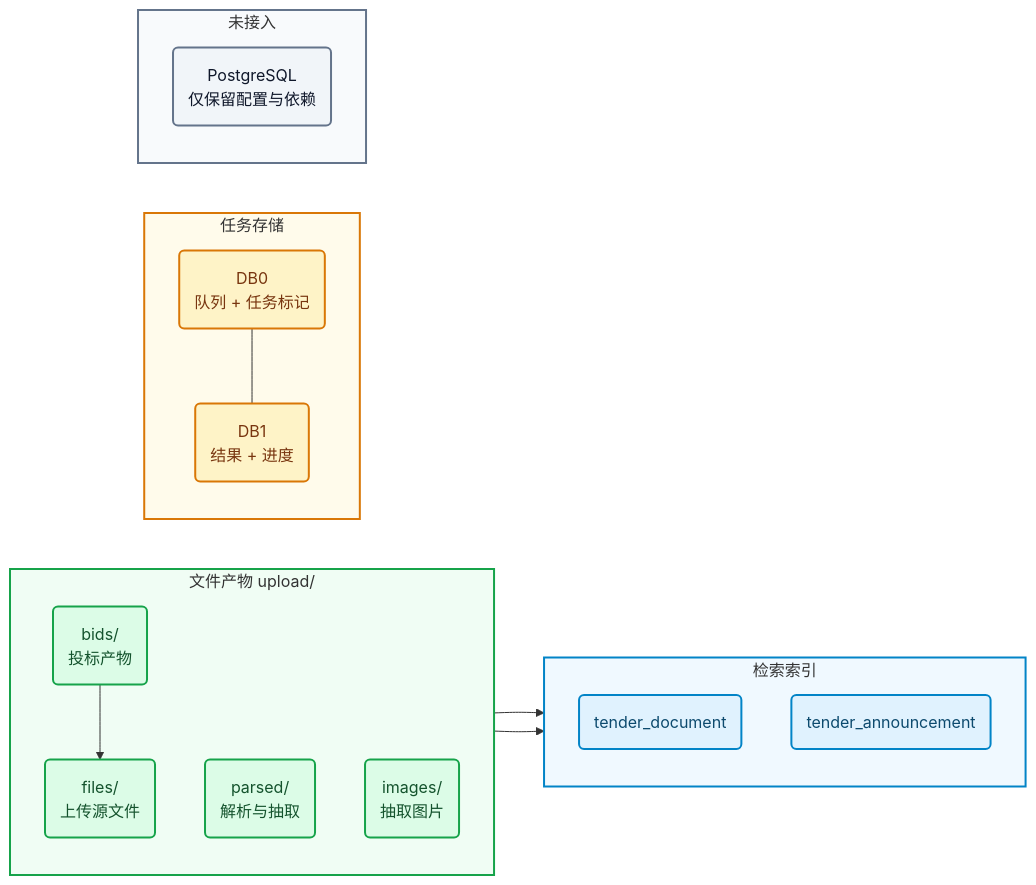
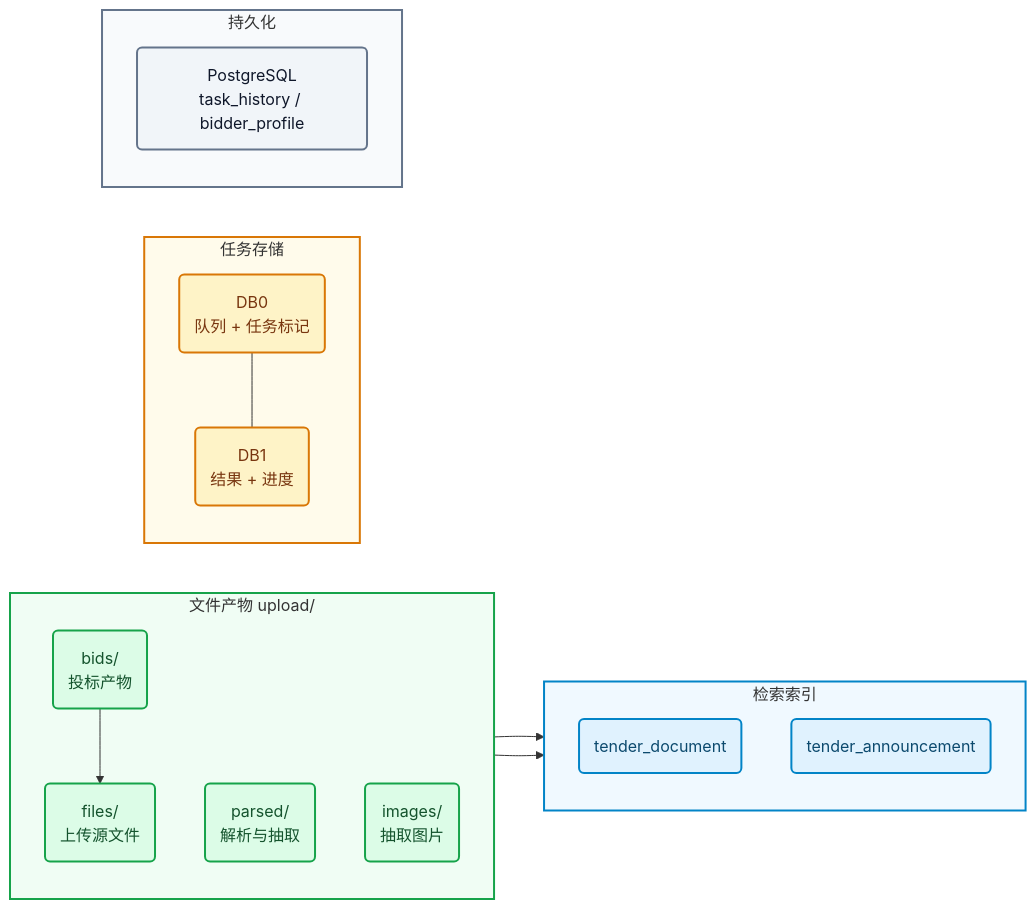
Diagram 19 of 22 in 组件工作机制.md (chenjson59-jpg/bid-writing-multi-agent), drawn with Mermaid before and after one commit. The commit also changed 16 other files, not shown here.

````diff
--- a/组件工作机制.md
+++ b/组件工作机制.md
@@ -1357,46 +1357,46 @@
 ```mermaid
 flowchart LR
   subgraph sgFiles["文件产物 upload/"]
     direction TB
     Files("files/<br/>上传源文件")
     Parsed("parsed/<br/>解析与抽取")
     Images("images/<br/>抽取图片")
     Bids("bids/<br/>投标产物")
   end
 
   subgraph sgRedis["任务存储"]
     direction TB
     QueueDB("DB0<br/>队列 + 任务标记")
     ResultDB("DB1<br/>结果 + 进度")
     QueueDB --- ResultDB
   end
 
   subgraph sgChroma["检索索引"]
     direction TB
     DocCollection("tender_document")
     AnnounceCollection("tender_announcement")
   end
 
-  subgraph sgPG["未接入"]
+  subgraph sgPG["持久化"]
     direction TB
-    PG("PostgreSQL<br/>仅保留配置与依赖")
+    PG("PostgreSQL<br/>task_history / bidder_profile")
   end
 
   Parsed --> DocCollection
   Parsed --> AnnounceCollection
   Bids --> Files
 
   classDef files fill:#dcfce7,stroke:#16a34a,stroke-width:2px,color:#14532d
   classDef redis fill:#fef3c7,stroke:#d97706,stroke-width:2px,color:#78350f
   classDef chroma fill:#e0f2fe,stroke:#0284c7,stroke-width:2px,color:#0c4a6e
   classDef pg fill:#f1f5f9,stroke:#64748b,stroke-width:2px,color:#0f172a
   class Files,Parsed,Images,Bids files
   class QueueDB,ResultDB redis
   class DocCollection,AnnounceCollection chroma
   class PG pg
 
   style sgFiles fill:#f0fdf4,stroke:#16a34a,stroke-width:2px
   style sgRedis fill:#fffbeb,stroke:#d97706,stroke-width:2px
   style sgChroma fill:#f0f9ff,stroke:#0284c7,stroke-width:2px
   style sgPG fill:#f8fafc,stroke:#64748b,stroke-width:2px
 ```
````
